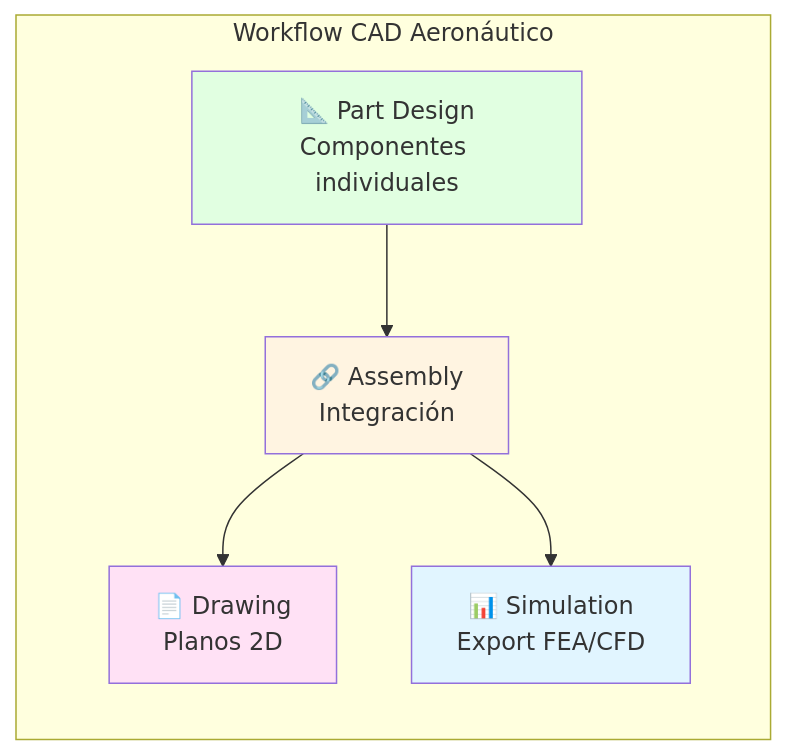
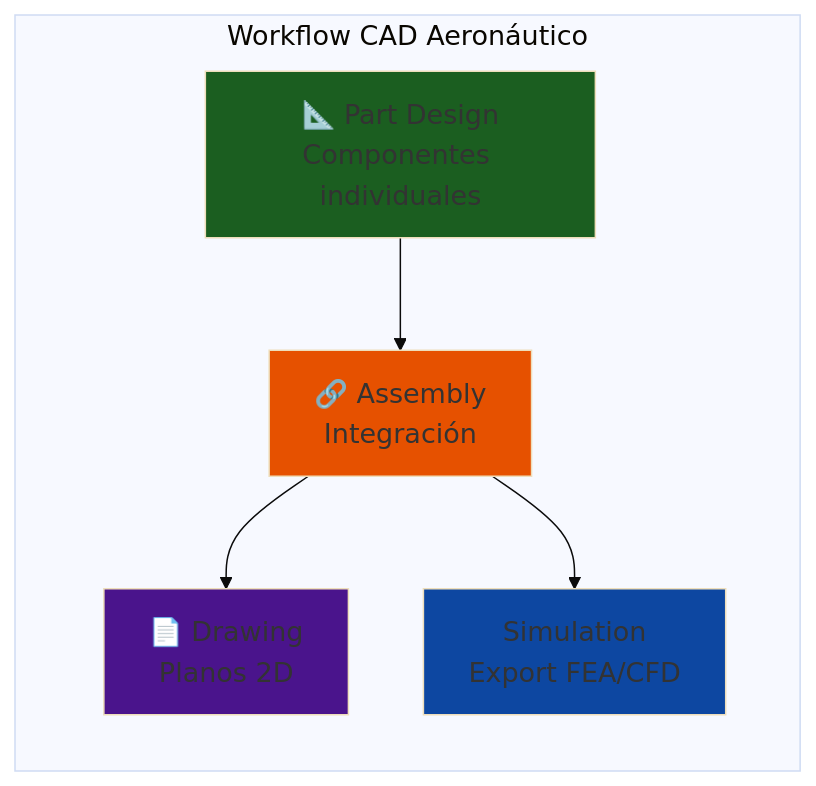
One commit to Ai-Whisperers/Courses-Content changed the sixth of 10 diagrams in courses/🟡-development/FPUNA-2026/03-INGENIERIA-AERONAUTICA/01-cad-ia.md. Above: the diagram before and after it, drawn with Mermaid. The commit also changed other lines of this file and 47 other files, not shown here.

First line of the commit message:
fix: Make all 473 diagrams WCAG AAA accessible (FPUNA-2026)

````diff
--- a/courses/🟡-development/FPUNA-2026/03-INGENIERIA-AERONAUTICA/01-cad-ia.md
+++ b/courses/🟡-development/FPUNA-2026/03-INGENIERIA-AERONAUTICA/01-cad-ia.md
@@ -381,18 +386,19 @@
 ```mermaid
+%%{init: {'theme':'base', 'themeVariables': {'fontSize':'18px'}}}%%
 graph LR
     subgraph "Workflow CAD Aeronáutico"
         A[📐 Part Design<br/>Componentes individuales]
         B[🔗 Assembly<br/>Integración]
         C[📄 Drawing<br/>Planos 2D]
-        D[📊 Simulation<br/>Export FEA/CFD]
+        D[Simulation<br/>Export FEA/CFD]
         
         A --> B
         B --> C
         B --> D
     end
     
-    style A fill:#E1FFE1
-    style B fill:#FFF4E1
-    style C fill:#FFE1F5
-    style D fill:#E1F5FF
+    style A fill:#1b5e20
+    style B fill:#e65100
+    style C fill:#4a148c
+    style D fill:#0d47a1
 ```
````
